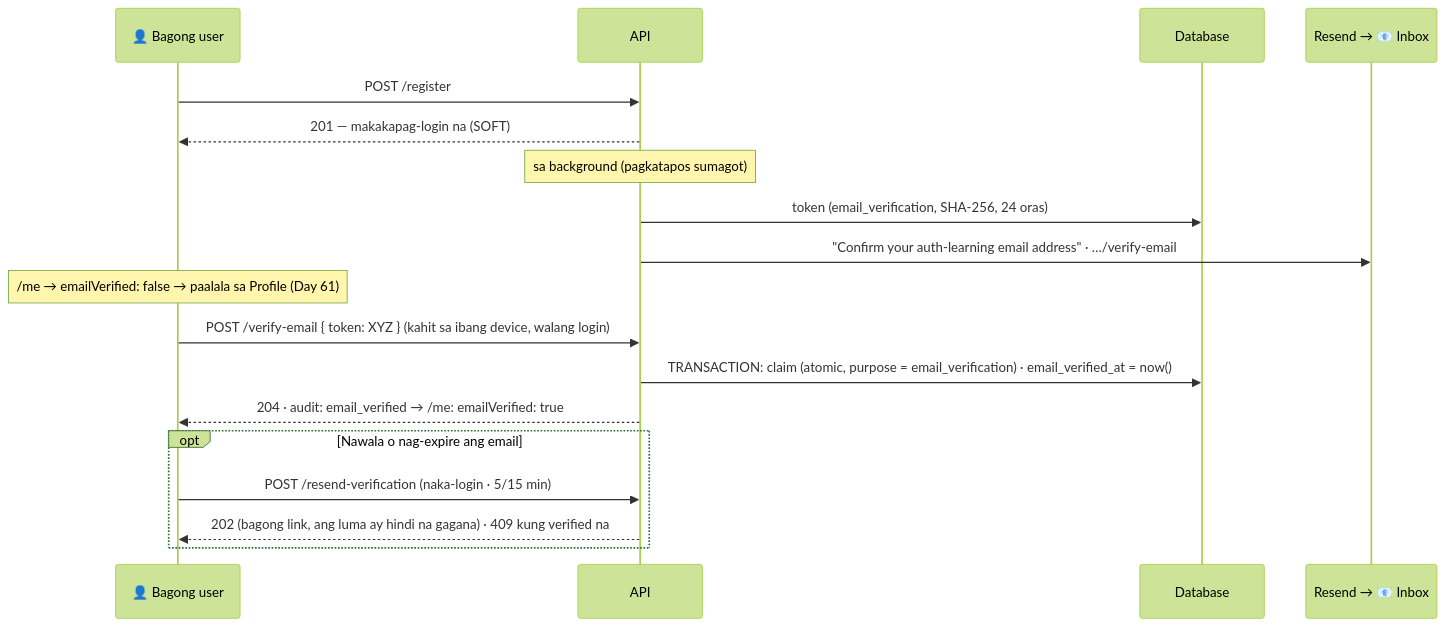
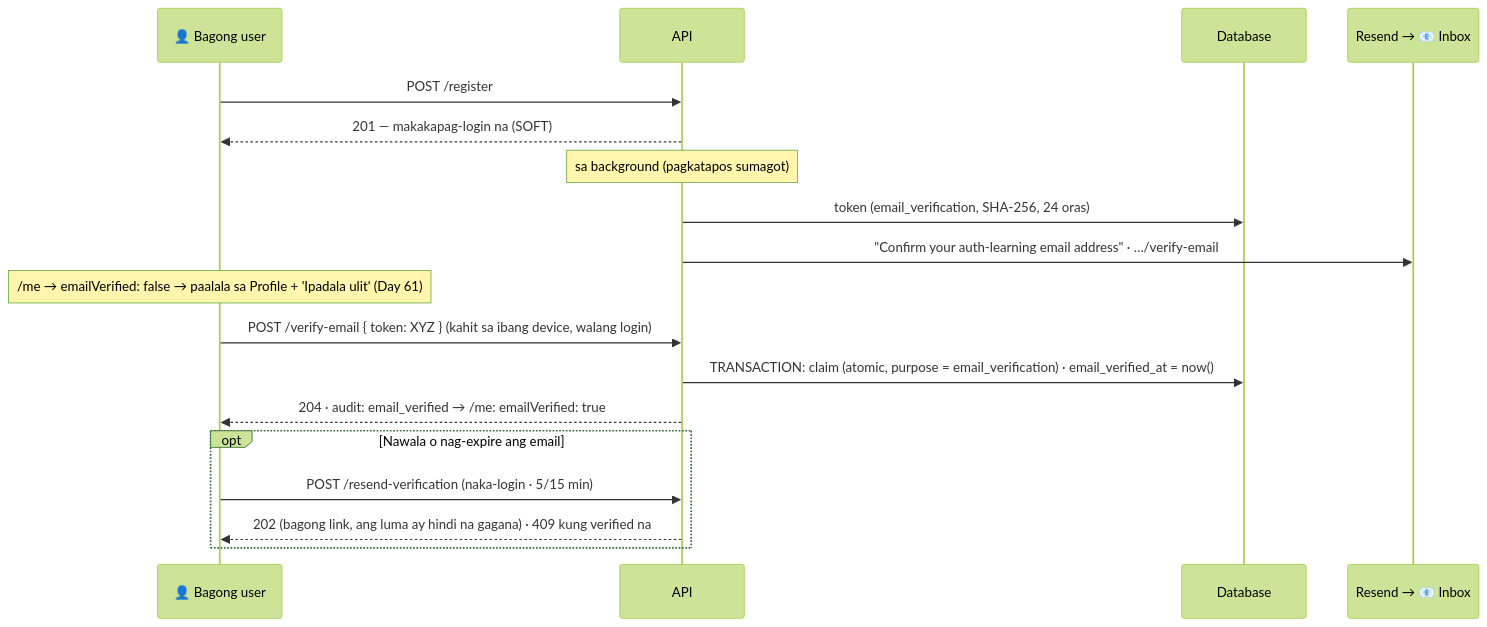
The diagram in docs/diagrams/19-verify-email.md (nelson1869-ai/auth-learning), drawn with Mermaid (forest theme) before and after one commit. The commit also changed other lines of this file and 9 other files, not shown here.

First line of the commit message:
docs: Day 61 journal, frontend email-pages diagram, roadmap and READMEs

````diff
--- a/docs/diagrams/19-verify-email.md
+++ b/docs/diagrams/19-verify-email.md
@@ -7,20 +8,20 @@
 ```mermaid
 sequenceDiagram
     participant U as 👤 Bagong user
     participant A as API
     participant D as Database
     participant R as Resend → 📧 Inbox
     U->>A: POST /register
     A-->>U: 201 — makakapag-login na (SOFT)
     Note over A: sa background (pagkatapos sumagot)
     A->>D: token (email_verification, SHA-256, 24 oras)
     A->>R: "Confirm your auth-learning email address" · …/verify-email#token=XYZ
-    Note over U: /me → emailVerified: false → paalala sa Profile (Day 61)
+    Note over U: /me → emailVerified: false → paalala sa Profile + 'Ipadala ulit' (Day 61)
     U->>A: POST /verify-email { token: XYZ } (kahit sa ibang device, walang login)
     A->>D: TRANSACTION: claim (atomic, purpose = email_verification) · email_verified_at = now()
     A-->>U: 204 · audit: email_verified → /me: emailVerified: true
     opt Nawala o nag-expire ang email
         U->>A: POST /resend-verification (naka-login · 5/15 min)
         A-->>U: 202 (bagong link, ang luma ay hindi na gagana) · 409 kung verified na
     end
 ```
````
